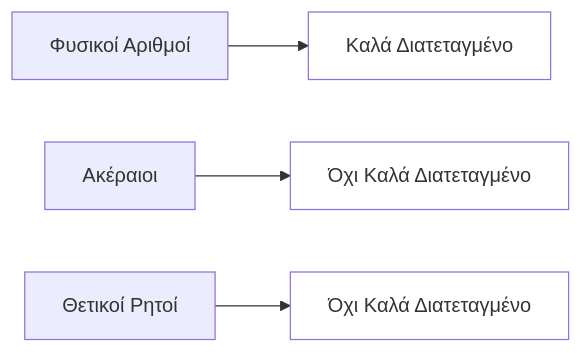
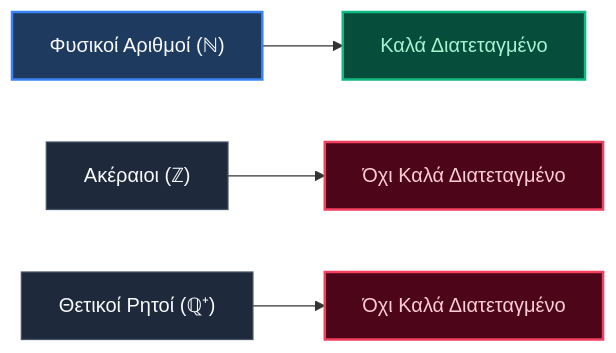
Before and after one commit to PanagopoulosNikolaos/DitOpenNotes: the second of 2 diagrams in Year_1/Semester_2/DISCRETE_MATHEMATICS/Resources/Notes/04_indexed_sets_and_well_ordering.md, drawn with Mermaid. The commit also changed other lines of this file and 6 other files, not shown here.

````diff
--- a/Year_1/Semester_2/DISCRETE_MATHEMATICS/Resources/Notes/04_indexed_sets_and_well_ordering.md
+++ b/Year_1/Semester_2/DISCRETE_MATHEMATICS/Resources/Notes/04_indexed_sets_and_well_ordering.md
@@ -48,11 +52,13 @@
 ```mermaid
 graph LR
-    N["Φυσικοί Αριθμοί"] --> WO["Καλά Διατεταγμένο"]
-    Z["Ακέραιοι"] --> NWO["Όχι Καλά Διατεταγμένο"]
-    Q["Θετικοί Ρητοί"] --> NWO2["Όχι Καλά Διατεταγμένο"]
+    N["Φυσικοί Αριθμοί (ℕ)"] --> WO["Καλά Διατεταγμένο"]
+    Z["Ακέραιοι (ℤ)"] --> NWO["Όχι Καλά Διατεταγμένο"]
+    Q["Θετικοί Ρητοί (ℚ⁺)"] --> NWO2["Όχι Καλά Διατεταγμένο"]
     
-    style WO fill:#ffffff
-    style NWO fill:#ffffff
-    style NWO2 fill:#ffffff
-
+    style N fill:#1e3a5f,stroke:#3b82f6,stroke-width:2px,color:#f8fafc
+    style Z fill:#1e293b,stroke:#475569,stroke-width:1px,color:#f8fafc
+    style Q fill:#1e293b,stroke:#475569,stroke-width:1px,color:#f8fafc
+    style WO fill:#064e3b,stroke:#10b981,stroke-width:2px,color:#a7f3d0
+    style NWO fill:#4c0519,stroke:#f43f5e,stroke-width:2px,color:#fecdd3
+    style NWO2 fill:#4c0519,stroke:#f43f5e,stroke-width:2px,color:#fecdd3
 ```
````
